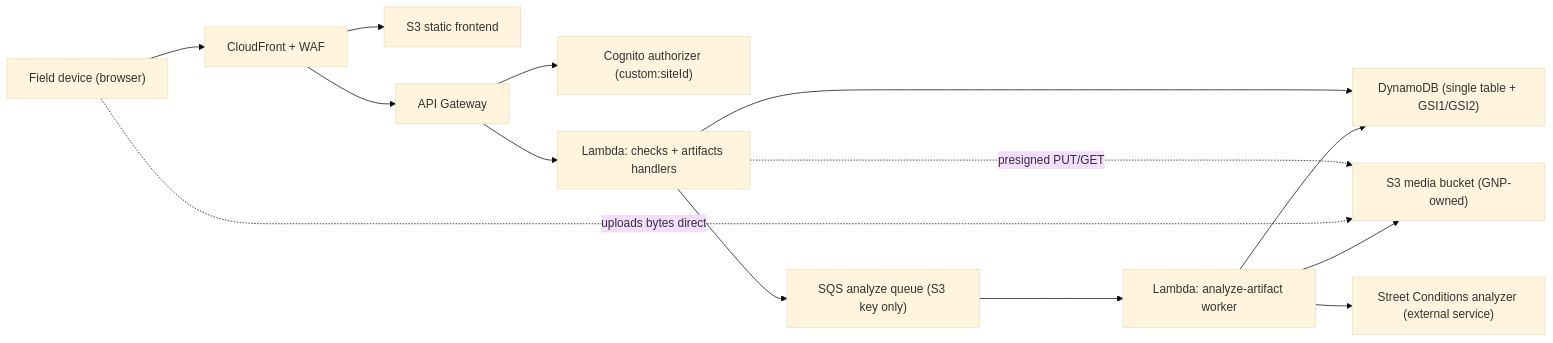
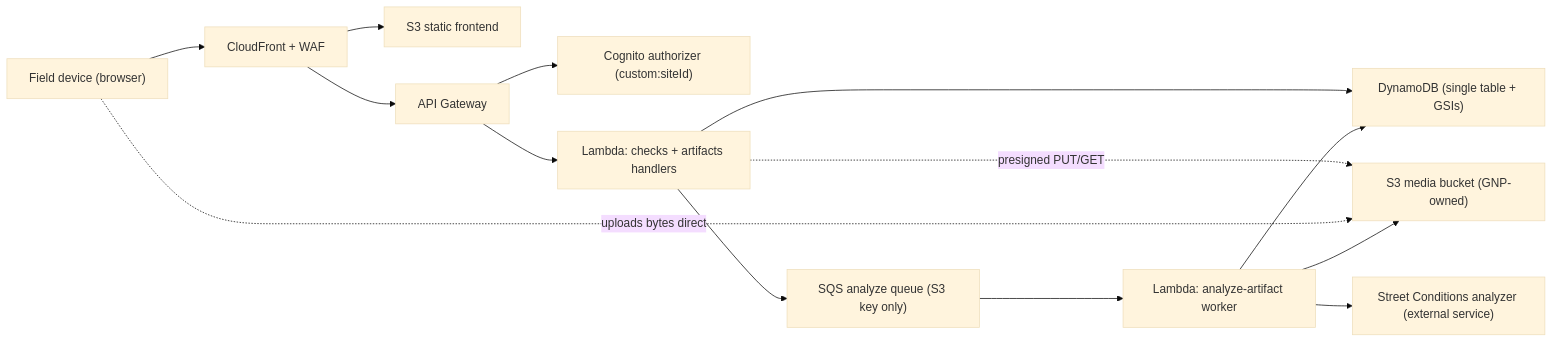
The first of 2 diagrams in docs/architecture.md (Mayor-s-Office-of-Innovation/good-neighbor-app), drawn with Mermaid (base theme) before and after one commit. The commit also changed other lines of this file and 2 other files, not shown here.

````diff
--- a/docs/architecture.md
+++ b/docs/architecture.md
@@ -5,16 +5,16 @@
 ```mermaid
 flowchart LR
   user["Field device (browser)"] --> cloudfront["CloudFront + WAF"]
   cloudfront --> frontend["S3 static frontend"]
   cloudfront --> api["API Gateway"]
   api --> cognito["Cognito authorizer (custom:siteId)"]
   api --> checks["Lambda: checks + artifacts handlers"]
-  checks --> dynamodb["DynamoDB (single table + GSI1/GSI2)"]
+  checks --> dynamodb["DynamoDB (single table + GSIs)"]
   checks -. presigned PUT/GET .-> media["S3 media bucket (GNP-owned)"]
   user -. uploads bytes direct .-> media
   checks --> sqs["SQS analyze queue (S3 key only)"]
   sqs --> worker["Lambda: analyze-artifact worker"]
   worker --> media
   worker --> dynamodb
   worker --> analyzer["Street Conditions analyzer (external service)"]
 ```
````
